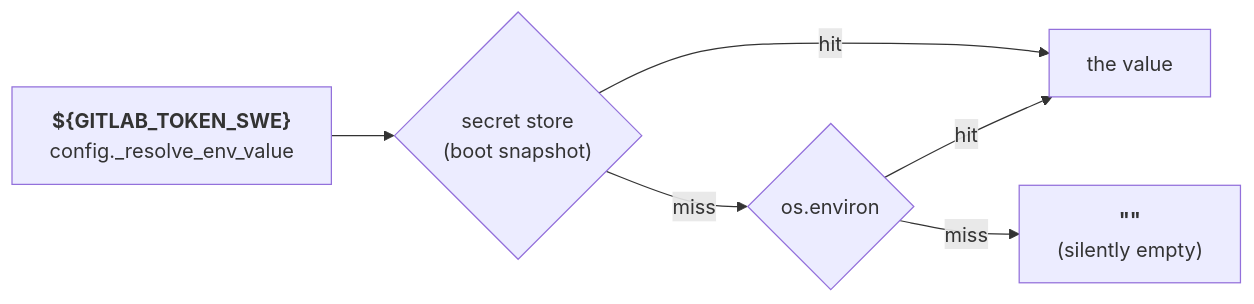
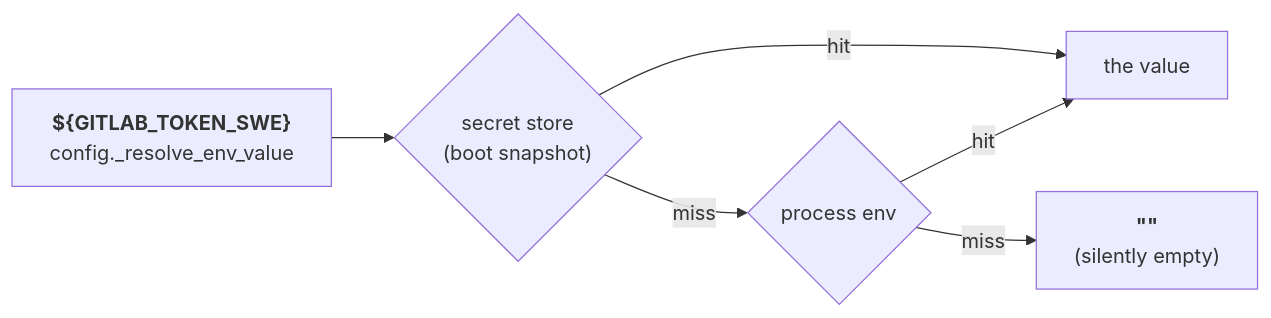
One commit to crewlet/crewlet changed the diagram in docs/concepts/secret-store.md. Above: the diagram before and after it, drawn with Mermaid. The commit also changed other lines of this file and 34 other files, not shown here.

````diff
--- a/docs/concepts/secret-store.md
+++ b/docs/concepts/secret-store.md
@@ -41,13 +41,13 @@
 ```mermaid
 flowchart LR
     REF["<b>${GITLAB_TOKEN_SWE}</b><br/>config._resolve_env_value"]
     STORE{"secret store<br/>(boot snapshot)"}
-    ENV{"os.environ"}
+    ENV{"process env"}
     VAL["the value"]
     EMPTY["<b>&quot;&quot;</b><br/>(silently empty)"]
     REF --> STORE
     STORE -->|hit| VAL
     STORE -->|miss| ENV
     ENV -->|hit| VAL
     ENV -->|miss| EMPTY
 ```
````
